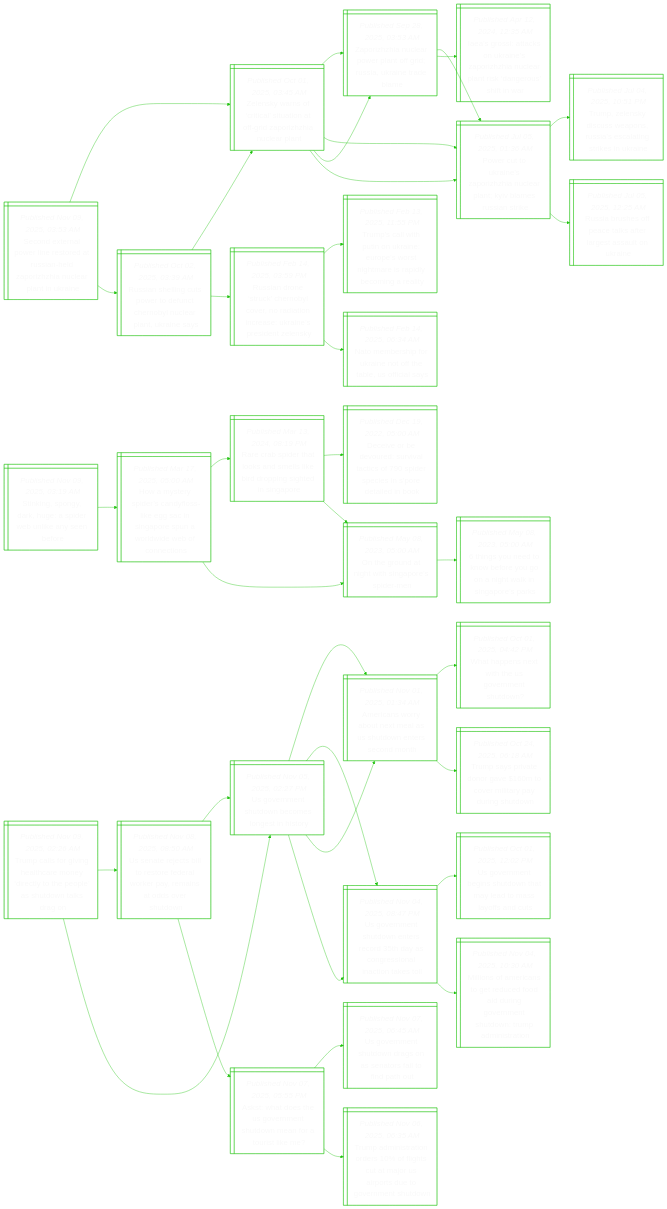
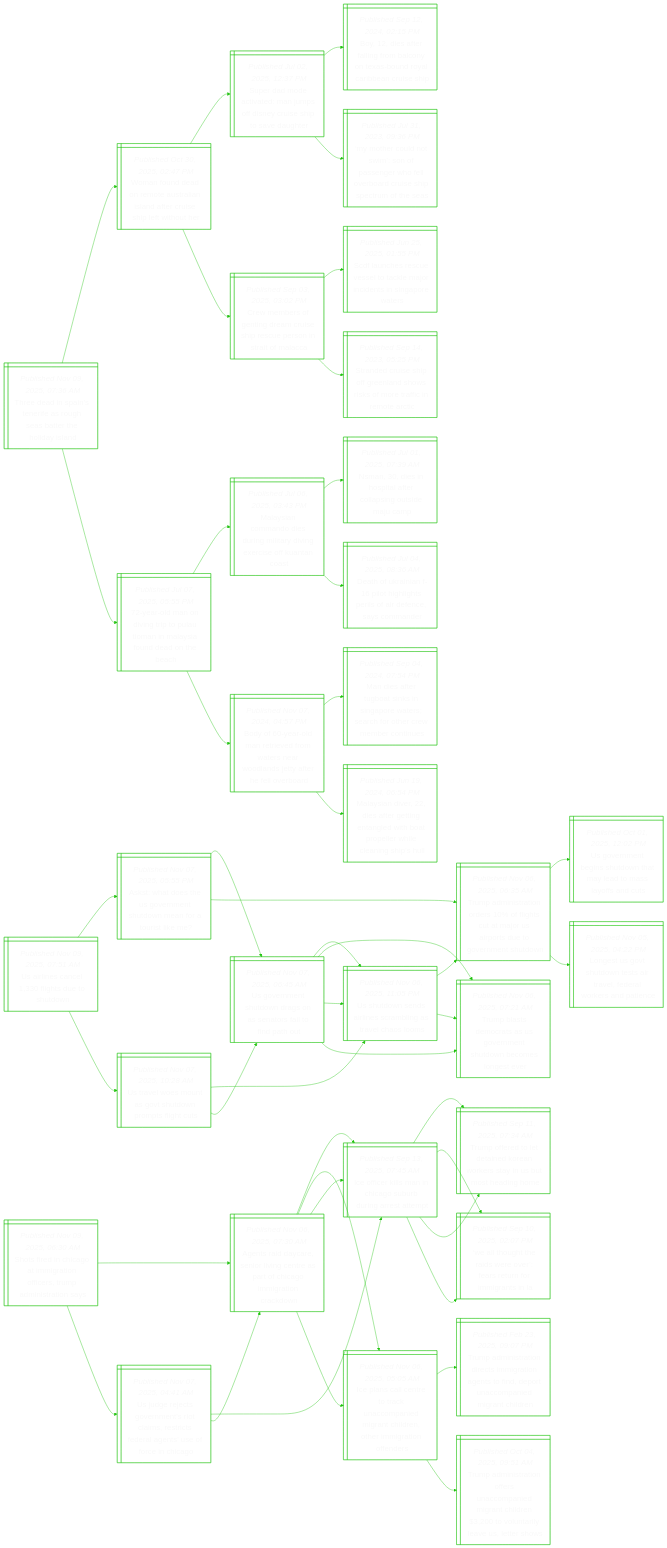
The diagram in README.md (notJmes/notJmes), drawn with Mermaid before and after one commit. The commit also changed other lines of this file, not shown here.

````diff
--- a/README.md
+++ b/README.md
@@ -16,118 +16,142 @@
 flowchart LR
 classDef txtsize font-size:20px;
 
-SdroisdshazaeaUn@{ shape: win-pane, label: "_Published Nov 09, 2025, 03:53 AM_
-Second external power line restored at russian-held zaporizhzhia nuclear plant in ukraine" }
-Zsrcctofdrhcp@{ shape: win-pane, label: "_Published Oct 01, 2025, 03:45 AM_
-Zelensky warns of ‘critical’ situation at off-grid zaporizhzhia nuclear plant" }
-Ziilolfdiarl@{ shape: win-pane, label: "_Published Sep 28, 2025, 03:53 AM_
-Zaporizhzhia nuclear power plant off grid; russia, ukraine trade blame" }
-PcUnphnanvest@{ shape: win-pane, label: "_Published Jul 05, 2025, 01:36 AM_
-Power cut to ukraine’s zaporizhzhia nuclear plant; kyiv blames russian strike" }
-IGicUnphnankesi@{ shape: win-pane, label: "_Published Apr 12, 2024, 12:35 AM_
-Iaea’s grossi: attacks on ukraine’s zaporizhzhia nuclear plant risk ‘dangerous’ shift in war" }
-PcUnphnanvest@{ shape: win-pane, label: "_Published Jul 05, 2025, 01:36 AM_
-Power cut to ukraine’s zaporizhzhia nuclear plant; kyiv blames russian strike" }
-TZsswnssttsr@{ shape: win-pane, label: "_Published Jul 04, 2025, 10:51 PM_
-Trump, zelensky discuss weapons, russia’s escalating strikes in ukraine" }
-Rahfesresoa@{ shape: win-pane, label: "_Published Jul 05, 2025, 12:25 AM_
-Russia brushes off peace talks after largest assault on ukraine" }
-Ralcooneyllke@{ shape: win-pane, label: "_Published Oct 02, 2025, 03:39 AM_
-Russian shelling cuts power to defunct chernobyl nuclear plant, ukraine says" }
-Zsrcctofdrhcp@{ shape: win-pane, label: "_Published Oct 01, 2025, 03:45 AM_
-Zelensky warns of ‘critical’ situation at off-grid zaporizhzhia nuclear plant" }
-Ziilolfdiarl@{ shape: win-pane, label: "_Published Sep 28, 2025, 03:53 AM_
-Zaporizhzhia nuclear power plant off grid; russia, ukraine trade blame" }
-PcUnphnanvest@{ shape: win-pane, label: "_Published Jul 05, 2025, 01:36 AM_
-Power cut to ukraine’s zaporizhzhia nuclear plant; kyiv blames russian strike" }
-Ranueyeaiceirely@{ shape: win-pane, label: "_Published Feb 14, 2025, 03:59 PM_
-Russian drone ‘struck’ chernobyl cover, no radiation increase: ukraine’s president zelensky" }
-Tswunirwnmsdcgl@{ shape: win-pane, label: "_Published Feb 13, 2025, 11:55 PM_
-Trump’s call with putin on ukraine: europe’s worst nightmare is rapidly becoming a reality" }
-Nesoaotboiy@{ shape: win-pane, label: "_Published Feb 14, 2025, 06:34 AM_
-Nato membership for ukraine not off the table, us official says" }
-
-SdroisdshazaeaUn:::txtsize --> Zsrcctofdrhcp:::txtsize
-Zsrcctofdrhcp:::txtsize --> Ziilolfdiarl:::txtsize
-Ziilolfdiarl:::txtsize --> PcUnphnanvest:::txtsize
-Ziilolfdiarl:::txtsize --> IGicUnphnankesi:::txtsize
-Zsrcctofdrhcp:::txtsize --> PcUnphnanvest:::txtsize
-PcUnphnanvest:::txtsize --> TZsswnssttsr:::txtsize
-PcUnphnanvest:::txtsize --> Rahfesresoa:::txtsize
-SdroisdshazaeaUn:::txtsize --> Ralcooneyllke:::txtsize
-Ralcooneyllke:::txtsize --> Zsrcctofdrhcp:::txtsize
-Zsrcctofdrhcp:::txtsize --> Ziilolfdiarl:::txtsize
-Zsrcctofdrhcp:::txtsize --> PcUnphnanvest:::txtsize
-Ralcooneyllke:::txtsize --> Ranueyeaiceirely:::txtsize
-Ranueyeaiceirely:::txtsize --> Tswunirwnmsdcgl:::txtsize
-Ranueyeaiceirely:::txtsize --> Nesoaotboiy:::txtsize
-
-Sioagieiybe@{ shape: win-pane, label: "_Published Nov 09, 2025, 03:19 AM_
-Stinking, spongy, dark, huge: a spider web unlike any seen before" }
-HyyenoksSppoibni@{ shape: win-pane, label: "_Published Mar 17, 2025, 05:00 AM_
-How a mystery spider’s candyfloss-like egg sac in singapore spun a worldwide web of connections" }
-Rrihodledigige@{ shape: win-pane, label: "_Published Mar 13, 2024, 08:19 PM_
-Rare crab spider that looks and smells like bird dropping sighted in singapore" }
-Dveuuatfecnein@{ shape: win-pane, label: "_Published Dec 19, 2022, 05:00 AM_
-Deceive or be devoured: survival tactics of 790 spider species in s’pore detailed in book" }
-Ogdgtgedn@{ shape: win-pane, label: "_Published May 08, 2023, 05:00 AM_
-On the ground at night with singapore’s spider-men" }
-Ogdgtgedn@{ shape: win-pane, label: "_Published May 08, 2023, 05:00 AM_
-On the ground at night with singapore’s spider-men" }
-tsekeyoglioa@{ shape: win-pane, label: "_Published May 08, 2023, 05:00 AM_
-6 things you need to know before you go on a night walk in singapore’s parks" }
-
-Sioagieiybe:::txtsize --> HyyenoksSppoibni:::txtsize
-HyyenoksSppoibni:::txtsize --> Rrihodledigige:::txtsize
-Rrihodledigige:::txtsize --> Dveuuatfecnein:::txtsize
-Rrihodledigige:::txtsize --> Ogdgtgedn:::txtsize
-HyyenoksSppoibni:::txtsize --> Ogdgtgedn:::txtsize
-Ogdgtgedn:::txtsize --> tsekeyoglioa:::txtsize
-
-Tcfvecoilhpsola@{ shape: win-pane, label: "_Published Nov 09, 2025, 02:26 AM_
-Trump calls for giving healthcare money ‘directly to the people’ as shutdown talks drag on" }
-UajBoodwresdrd@{ shape: win-pane, label: "_Published Nov 08, 2025, 08:50 AM_
-Us senate rejects bill to restore federal worker pay, remains at odds over shutdown" }
-Uentbegno@{ shape: win-pane, label: "_Published Nov 05, 2025, 02:27 PM_
-Us government shutdown becomes longest in history" }
-AcobeaSdnsdh@{ shape: win-pane, label: "_Published Nov 01, 2025, 01:34 AM_
-Americans worry about next meal as us shutdown enters second month" }
-Uentesraosactt@{ shape: win-pane, label: "_Published Nov 04, 2025, 08:47 PM_
-Us government shutdown enters record 35th day as congressional inaction takes toll" }
+Ulclheun@{ shape: win-pane, label: "_Published Nov 09, 2025, 07:51 AM_
+Us airlines cancel 1,330 flights due to shutdown" }
 aWoeveunfotm@{ shape: win-pane, label: "_Published Nov 07, 2025, 05:55 PM_
 Askst: what does the us government shutdown mean for a tourist like me?" }
 Uentdoerlnh@{ shape: win-pane, label: "_Published Nov 07, 2025, 06:45 AM_
 Us government shutdown drags on as senators fail to find path out" }
+Utsanritlss@{ shape: win-pane, label: "_Published Nov 06, 2025, 11:05 PM_
+Us shutdown sends airlines scrambling as travel chaos looms" }
+Tbscaomhwoot@{ shape: win-pane, label: "_Published Nov 06, 2025, 07:21 AM_
+Trump blasts democrats as us government shutdown becomes longest ever" }
 TaitroguaSouomhw@{ shape: win-pane, label: "_Published Nov 06, 2025, 06:35 AM_
 Trump administration orders 10% of flights cut at major us airports due to government shutdown" }
-Uentbegno@{ shape: win-pane, label: "_Published Nov 05, 2025, 02:27 PM_
-Us government shutdown becomes longest in history" }
-AcobeaSdnsdh@{ shape: win-pane, label: "_Published Nov 01, 2025, 01:34 AM_
-Americans worry about next meal as us shutdown enters second month" }
-Waswhomhw@{ shape: win-pane, label: "_Published Oct 01, 2025, 04:42 PM_
-What happens next with the us government shutdown?" }
-Tsrermvlyuso@{ shape: win-pane, label: "_Published Oct 24, 2025, 06:18 AM_
-Trump says private donor gave $160m to cover military pay during shutdown" }
-Uentesraosactt@{ shape: win-pane, label: "_Published Nov 04, 2025, 08:47 PM_
-Us government shutdown enters record 35th day as congressional inaction takes toll" }
 Ueniunmaayat@{ shape: win-pane, label: "_Published Oct 01, 2025, 12:02 PM_
 Us government begins shutdown that may lead to mass layoffs and cuts" }
-MoAcoedaromhwmirn@{ shape: win-pane, label: "_Published Nov 04, 2025, 10:30 AM_
-Millions of americans to get reduced food aid during government shutdown: trump administration" }
+Lsounsrfakni@{ shape: win-pane, label: "_Published Nov 05, 2025, 04:22 PM_
+Longest us govt shutdown tests air travel, federal workers and patience" }
+Uvenounpiu@{ shape: win-pane, label: "_Published Nov 07, 2025, 10:28 AM_
+Us travel woes mount as govt shutdown prompts flight cuts" }
+Utsanritlss@{ shape: win-pane, label: "_Published Nov 06, 2025, 11:05 PM_
+Us shutdown sends airlines scrambling as travel chaos looms" }
+TaitroguaSouomhw@{ shape: win-pane, label: "_Published Nov 06, 2025, 06:35 AM_
+Trump administration orders 10% of flights cut at major us airports due to government shutdown" }
+Tbscaomhwoot@{ shape: win-pane, label: "_Published Nov 06, 2025, 07:21 AM_
+Trump blasts democrats as us government shutdown becomes longest ever" }
+Uentdoerlnh@{ shape: win-pane, label: "_Published Nov 07, 2025, 06:45 AM_
+Us government shutdown drags on as senators fail to find path out" }
+Utsanritlss@{ shape: win-pane, label: "_Published Nov 06, 2025, 11:05 PM_
+Us shutdown sends airlines scrambling as travel chaos looms" }
+Tbscaomhwoot@{ shape: win-pane, label: "_Published Nov 06, 2025, 07:21 AM_
+Trump blasts democrats as us government shutdown becomes longest ever" }
 
-Tcfvecoilhpsola:::txtsize --> UajBoodwresdrd:::txtsize
-UajBoodwresdrd:::txtsize --> Uentbegno:::txtsize
-Uentbegno:::txtsize --> AcobeaSdnsdh:::txtsize
-Uentbegno:::txtsize --> Uentesraosactt:::txtsize
-UajBoodwresdrd:::txtsize --> aWoeveunfotm:::txtsize
+Ulclheun:::txtsize --> aWoeveunfotm:::txtsize
 aWoeveunfotm:::txtsize --> Uentdoerlnh:::txtsize
+Uentdoerlnh:::txtsize --> Utsanritlss:::txtsize
+Uentdoerlnh:::txtsize --> Tbscaomhwoot:::txtsize
 aWoeveunfotm:::txtsize --> TaitroguaSouomhw:::txtsize
-Tcfvecoilhpsola:::txtsize --> Uentbegno:::txtsize
-Uentbegno:::txtsize --> AcobeaSdnsdh:::txtsize
-AcobeaSdnsdh:::txtsize --> Waswhomhw:::txtsize
-AcobeaSdnsdh:::txtsize --> Tsrermvlyuso:::txtsize
-Uentbegno:::txtsize --> Uentesraosactt:::txtsize
-Uentesraosactt:::txtsize --> Ueniunmaayat:::txtsize
-Uentesraosactt:::txtsize --> MoAcoedaromhwmirn:::txtsize
+TaitroguaSouomhw:::txtsize --> Ueniunmaayat:::txtsize
+TaitroguaSouomhw:::txtsize --> Lsounsrfakni:::txtsize
+Ulclheun:::txtsize --> Uvenounpiu:::txtsize
+Uvenounpiu:::txtsize --> Utsanritlss:::txtsize
+Utsanritlss:::txtsize --> TaitroguaSouomhw:::txtsize
+Utsanritlss:::txtsize --> Tbscaomhwoot:::txtsize
+Uvenounpiu:::txtsize --> Uentdoerlnh:::txtsize
+Uentdoerlnh:::txtsize --> Utsanritlss:::txtsize
+Uentdoerlnh:::txtsize --> Tbscaomhwoot:::txtsize
+
+Tdnneagsehaa@{ shape: win-pane, label: "_Published Nov 09, 2025, 07:36 AM_
+Three dead in spain’s tenerife as rough seas batter the holiday island" }
+Wfdnttaatuhfhe@{ shape: win-pane, label: "_Published Oct 30, 2025, 02:47 PM_
+Woman found dead on remote australian island after cruise ship left without her" }
+SDdidufnuhsae@{ shape: win-pane, label: "_Published Jul 02, 2025, 12:37 PM_
+Super dad mode activated: man jumps off disney cruise ship to save daughter" }
+Beelrloanainsp@{ shape: win-pane, label: "_Published Sep 12, 2024, 02:15 PM_
+Boy, 12, dies after falling from balcony on texas-bound royal caribbean cruise ship" }
+MhutSpnhlbceSrta@{ shape: win-pane, label: "_Published Jul 31, 2023, 09:36 PM_
+‘my mother could not swim’: son of passenger who fell overboard cruise ship spectrum of the seas" }
+CesnDcereotoa@{ shape: win-pane, label: "_Published Sep 03, 2025, 03:02 PM_
+Crew members of genting dream cruise ship rescue person in strait of malacca" }
+Saecsoloisnre@{ shape: win-pane, label: "_Published Jun 25, 2025, 01:55 PM_
+Scdf launches rescue vessel to tackle major incidents in singapore waters" }
+Sduhfnsroefrei@{ shape: win-pane, label: "_Published Sep 14, 2023, 05:25 PM_
+Stranded cruise ship off greenland shows risks of more traffic in remote arctic" }
+yloiiuiiafdne@{ shape: win-pane, label: "_Published Jul 07, 2025, 05:55 PM_
+72-year-old man on diving trip to pulau tioman in malaysia found dead on the beach" }
+Msodsnidgcfno@{ shape: win-pane, label: "_Published Jul 06, 2025, 03:43 PM_
+Malaysian commando dies during military diving exercise off kuantan coast" }
+NdnifosueC@{ shape: win-pane, label: "_Published Jul 01, 2025, 07:39 AM_
+Nsman, 30, dies in hospital after collapsing outside maju camp" }
+Doanohtiafsod@{ shape: win-pane, label: "_Published Jul 04, 2025, 08:36 AM_
+Death of ukrainian f-16 pilot highlights perils of air defence, says commander" }
+Bfonifanonttfva@{ shape: win-pane, label: "_Published Nov 07, 2024, 04:57 PM_
+Body of 60-year-old man retrieved from waters near woodlands jetty after he fell overboard" }
+Meebinawscocecn@{ shape: win-pane, label: "_Published Sep 04, 2024, 07:54 PM_
+Man dies after tugboat sinks in singapore waters; search for other crew member continues" }
+Msiittegiaprenhu@{ shape: win-pane, label: "_Published Jun 19, 2024, 06:54 PM_
+Malaysian diver, 22, dies after getting entangled with boat propeller while cleaning ship’s hull" }
+
+Tdnneagsehaa:::txtsize --> Wfdnttaatuhfhe:::txtsize
+Wfdnttaatuhfhe:::txtsize --> SDdidufnuhsae:::txtsize
+SDdidufnuhsae:::txtsize --> Beelrloanainsp:::txtsize
+SDdidufnuhsae:::txtsize --> MhutSpnhlbceSrta:::txtsize
+Wfdnttaatuhfhe:::txtsize --> CesnDcereotoa:::txtsize
+CesnDcereotoa:::txtsize --> Saecsoloisnre:::txtsize
+CesnDcereotoa:::txtsize --> Sduhfnsroefrei:::txtsize
+Tdnneagsehaa:::txtsize --> yloiiuiiafdne:::txtsize
+yloiiuiiafdne:::txtsize --> Msodsnidgcfno:::txtsize
+Msodsnidgcfno:::txtsize --> NdnifosueC:::txtsize
+Msodsnidgcfno:::txtsize --> Doanohtiafsod:::txtsize
+yloiiuiiafdne:::txtsize --> Bfonifanonttfva:::txtsize
+Bfonifanonttfva:::txtsize --> Meebinawscocecn:::txtsize
+Bfonifanonttfva:::txtsize --> Msiittegiaprenhu:::txtsize
+
+SfictgoiTaita@{ shape: win-pane, label: "_Published Nov 09, 2025, 06:30 AM_
+Shots fired in chicago at immigration officers, trump administration says" }
+Asdriveatiirnk@{ shape: win-pane, label: "_Published Nov 06, 2025, 07:30 AM_
+Agents raid daycare, senior living centre as part of chicago immigration crackdown" }
+IfkmCgurrap@{ shape: win-pane, label: "_Published Sep 13, 2025, 07:45 AM_
+Ice officer kills man in chicago suburb during arrest attempt" }
+ToeeaKneaSoah@{ shape: win-pane, label: "_Published Sep 11, 2025, 07:34 AM_
+Trump offered to let detained korean workers stay in us but most heading home" }
+WthrwvatoitA@{ shape: win-pane, label: "_Published Sep 10, 2025, 02:07 PM_
+‘we all thought the raids were over’: fears return for immigrants in la" }
+Ialttuoigcrhmtfe@{ shape: win-pane, label: "_Published Nov 06, 2025, 05:05 AM_
+Ice plans call centre to track unaccompanied migrant children, other immigration offenders" }
+Taitisgonfeuoigcr@{ shape: win-pane, label: "_Published Feb 23, 2025, 09:07 PM_
+Trump administration directs immigration agents to find, deport unaccompanied migrant children" }
+Taitfuoigcrvtyeth@{ shape: win-pane, label: "_Published Oct 04, 2025, 09:51 AM_
+Trump administration offers unaccompanied migrant children $3,200 to voluntarily leave us, letter shows" }
+Ugeomrlrieltocho@{ shape: win-pane, label: "_Published Nov 07, 2025, 04:41 AM_
+Us judge rejects government's riot claims, restricts federal agents' use of force in chicago" }
+IfkmCgurrap@{ shape: win-pane, label: "_Published Sep 13, 2025, 07:45 AM_
+Ice officer kills man in chicago suburb during arrest attempt" }
+ToeeaKneaSoah@{ shape: win-pane, label: "_Published Sep 11, 2025, 07:34 AM_
+Trump offered to let detained korean workers stay in us but most heading home" }
+WthrwvatoitA@{ shape: win-pane, label: "_Published Sep 10, 2025, 02:07 PM_
+‘we all thought the raids were over’: fears return for immigrants in la" }
+Asdriveatiirnk@{ shape: win-pane, label: "_Published Nov 06, 2025, 07:30 AM_
+Agents raid daycare, senior living centre as part of chicago immigration crackdown" }
+IfkmCgurrap@{ shape: win-pane, label: "_Published Sep 13, 2025, 07:45 AM_
+Ice officer kills man in chicago suburb during arrest attempt" }
+Ialttuoigcrhmtfe@{ shape: win-pane, label: "_Published Nov 06, 2025, 05:05 AM_
+Ice plans call centre to track unaccompanied migrant children, other immigration offenders" }
+
+SfictgoiTaita:::txtsize --> Asdriveatiirnk:::txtsize
+Asdriveatiirnk:::txtsize --> IfkmCgurrap:::txtsize
+IfkmCgurrap:::txtsize --> ToeeaKneaSoah:::txtsize
+IfkmCgurrap:::txtsize --> WthrwvatoitA:::txtsize
+Asdriveatiirnk:::txtsize --> Ialttuoigcrhmtfe:::txtsize
+Ialttuoigcrhmtfe:::txtsize --> Taitisgonfeuoigcr:::txtsize
+Ialttuoigcrhmtfe:::txtsize --> Taitfuoigcrvtyeth:::txtsize
+SfictgoiTaita:::txtsize --> Ugeomrlrieltocho:::txtsize
+Ugeomrlrieltocho:::txtsize --> IfkmCgurrap:::txtsize
+IfkmCgurrap:::txtsize --> ToeeaKneaSoah:::txtsize
+IfkmCgurrap:::txtsize --> WthrwvatoitA:::txtsize
+Ugeomrlrieltocho:::txtsize --> Asdriveatiirnk:::txtsize
+Asdriveatiirnk:::txtsize --> IfkmCgurrap:::txtsize
+Asdriveatiirnk:::txtsize --> Ialttuoigcrhmtfe:::txtsize
 
 ```
````
